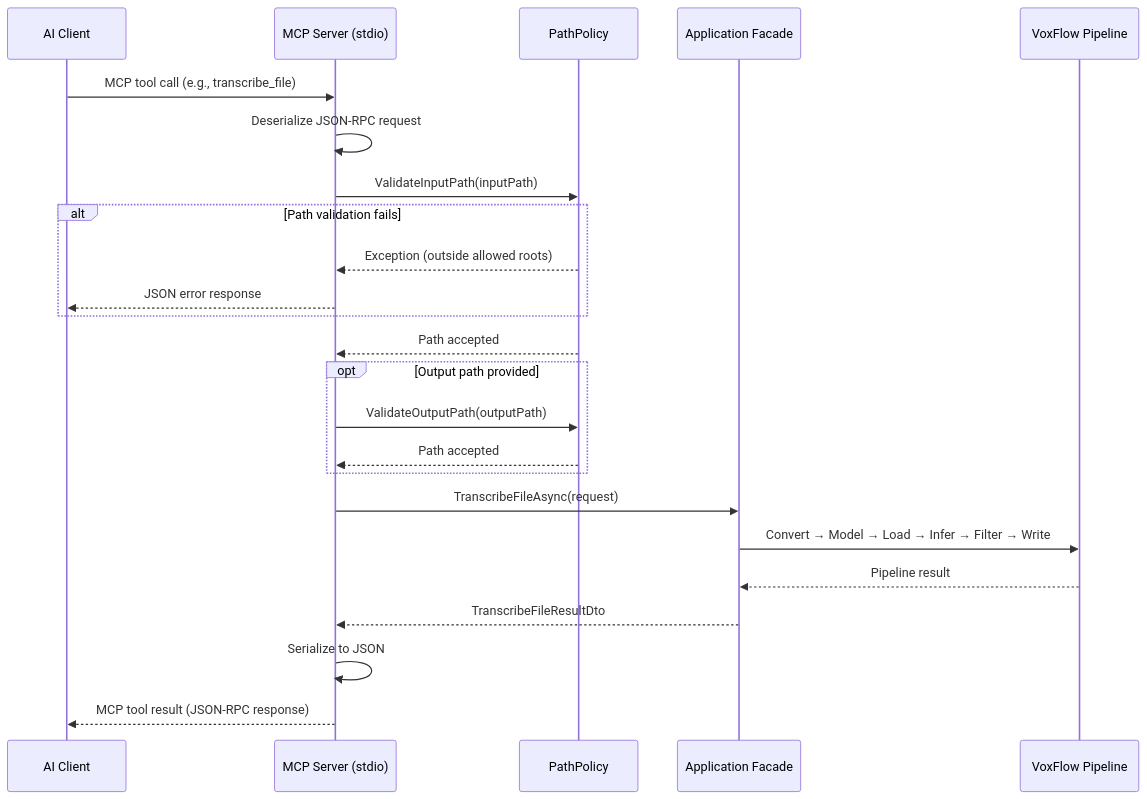
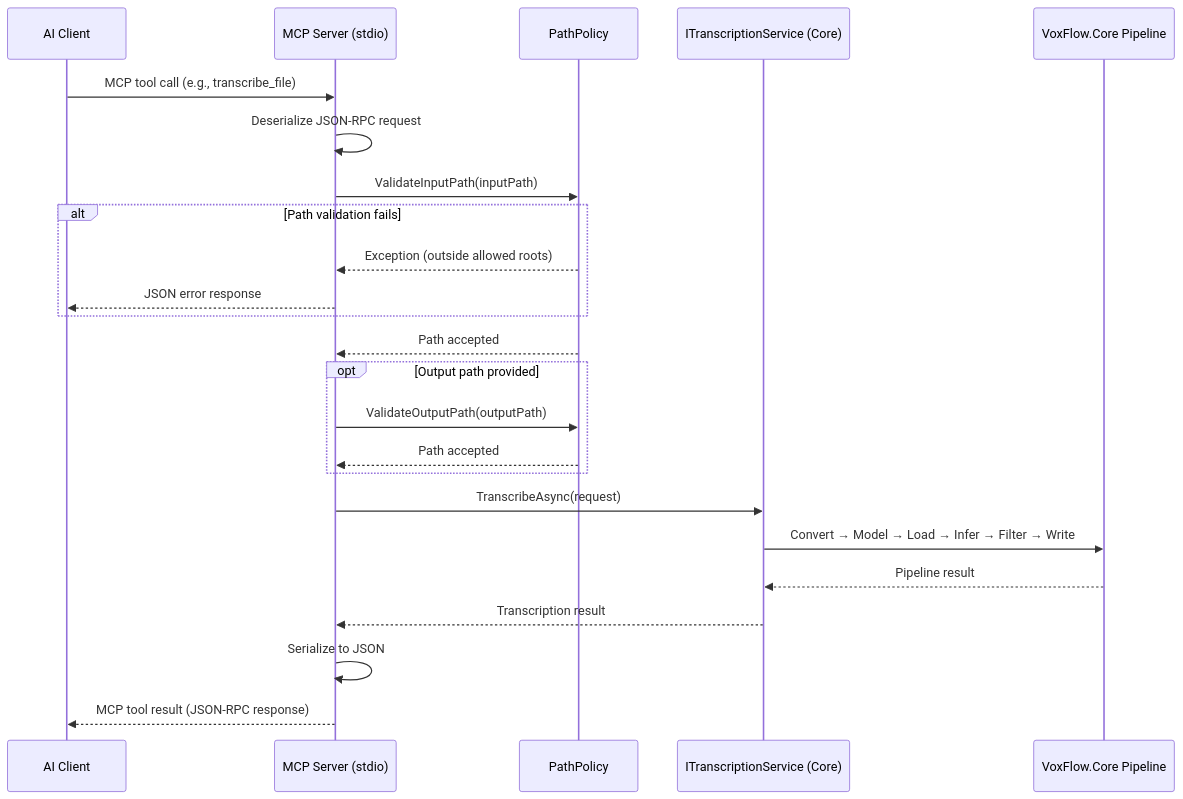
The fourth of 7 diagrams in docs/architecture/04-runtime-sequences.md (artemsemdev/VoxFlow), drawn with Mermaid before and after one commit. The commit also changed other lines of this file and 7 other files, not shown here.

Commit message:
docs: update all architecture documents for Phase 1 multi-host architecture

````diff
--- a/docs/architecture/04-runtime-sequences.md
+++ b/docs/architecture/04-runtime-sequences.md
@@ -168,31 +140,31 @@
 ```mermaid
 sequenceDiagram
     participant AIClient as AI Client
     participant McpServer as MCP Server (stdio)
     participant PathPolicy
-    participant Facade as Application Facade
-    participant Pipeline as VoxFlow Pipeline
+    participant ITranscription as ITranscriptionService (Core)
+    participant Pipeline as VoxFlow.Core Pipeline
 
     AIClient->>McpServer: MCP tool call (e.g., transcribe_file)
     McpServer->>McpServer: Deserialize JSON-RPC request
 
     McpServer->>PathPolicy: ValidateInputPath(inputPath)
     alt Path validation fails
         PathPolicy-->>McpServer: Exception (outside allowed roots)
         McpServer-->>AIClient: JSON error response
     end
     PathPolicy-->>McpServer: Path accepted
 
     opt Output path provided
         McpServer->>PathPolicy: ValidateOutputPath(outputPath)
         PathPolicy-->>McpServer: Path accepted
     end
 
-    McpServer->>Facade: TranscribeFileAsync(request)
-    Facade->>Pipeline: Convert → Model → Load → Infer → Filter → Write
-    Pipeline-->>Facade: Pipeline result
-    Facade-->>McpServer: TranscribeFileResultDto
+    McpServer->>ITranscription: TranscribeAsync(request)
+    ITranscription->>Pipeline: Convert → Model → Load → Infer → Filter → Write
+    Pipeline-->>ITranscription: Pipeline result
+    ITranscription-->>McpServer: Transcription result
 
     McpServer->>McpServer: Serialize to JSON
     McpServer-->>AIClient: MCP tool result (JSON-RPC response)
 ```
````
